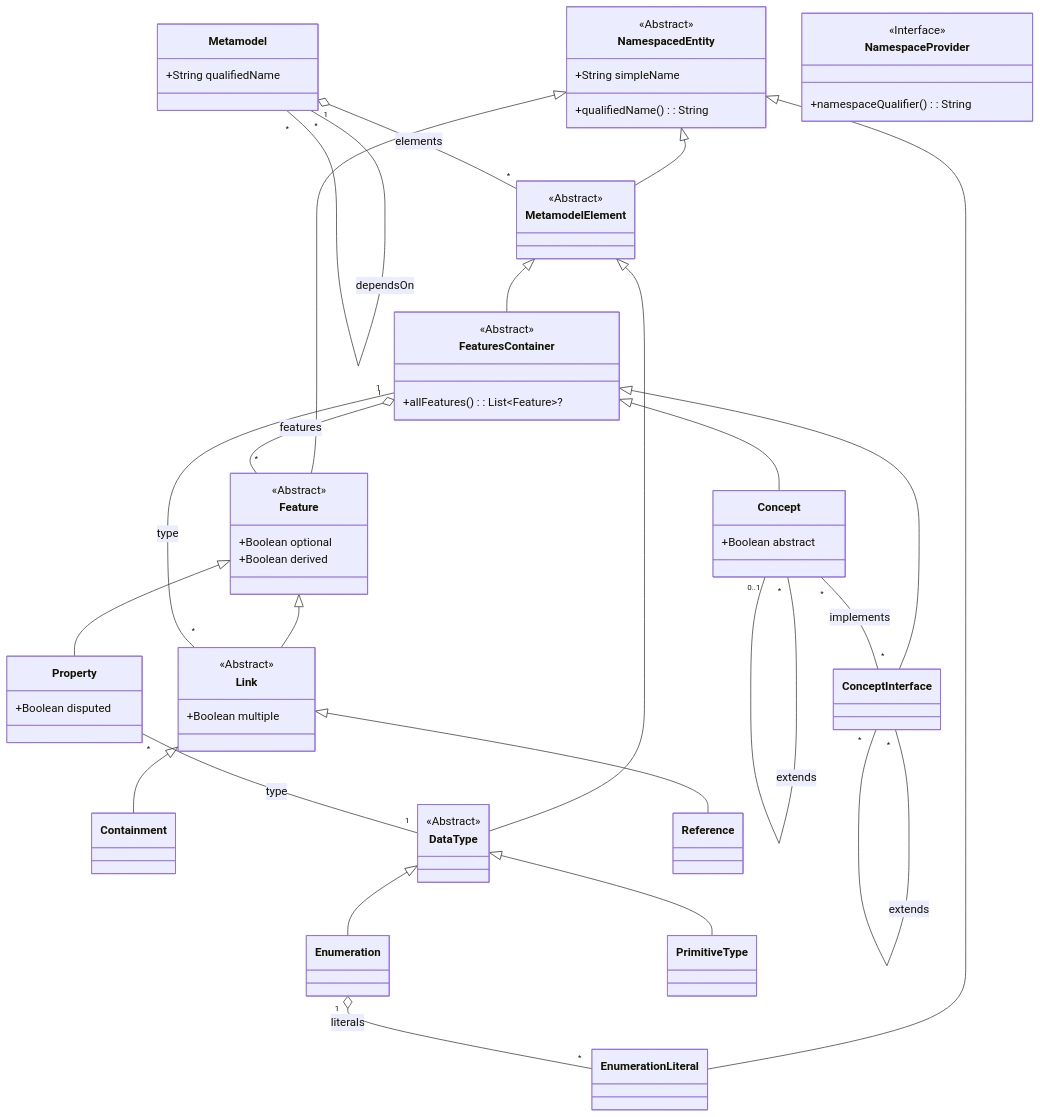
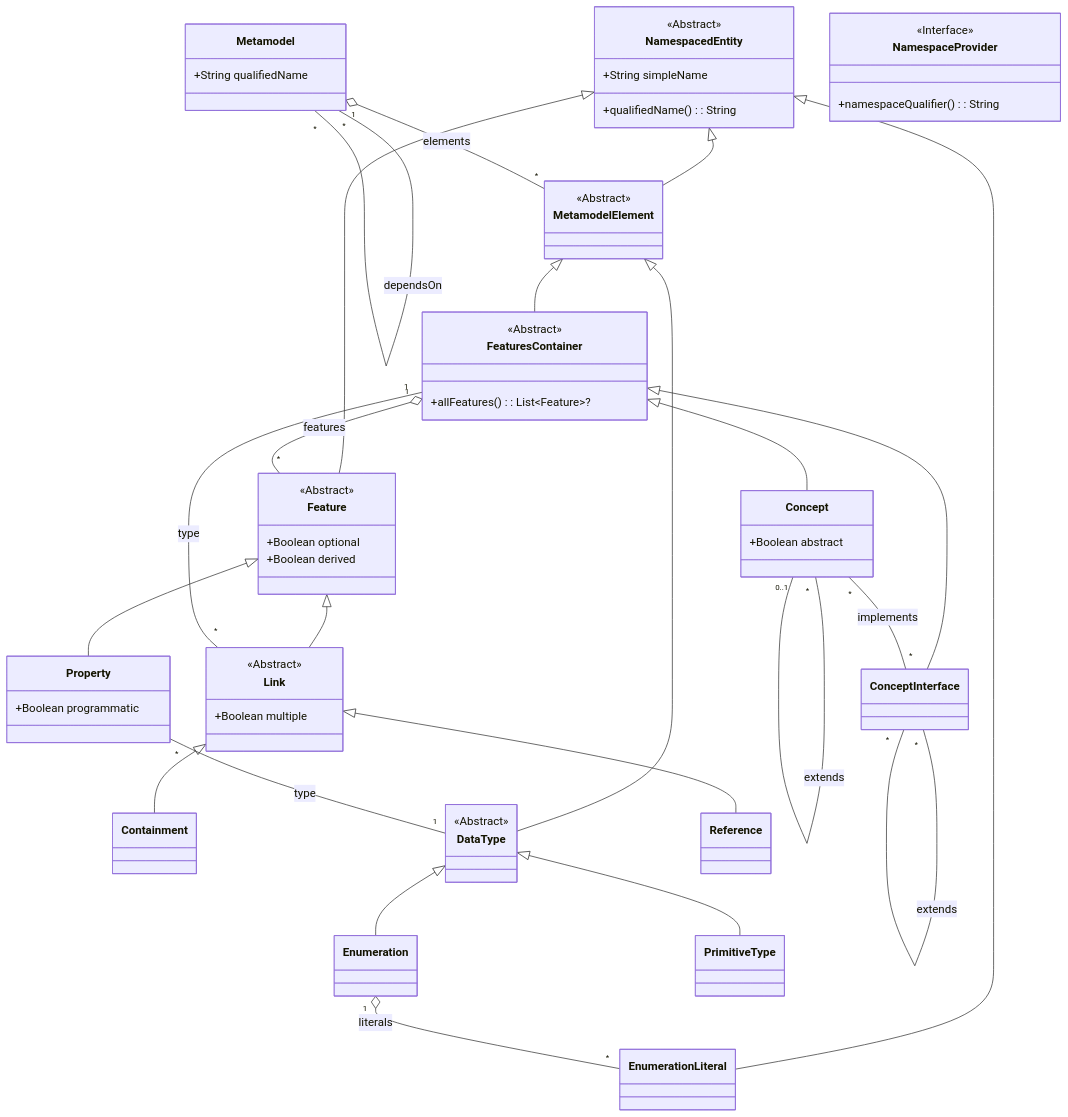
One commit to LionWeb-io/lionweb-typescript changed the diagram in diagrams/metametamodel-gen.md. Above: the diagram before and after it, drawn with Mermaid. The commit also changed 10 other files, not shown here.

```diff
--- a/diagrams/metametamodel-gen.md
+++ b/diagrams/metametamodel-gen.md
@@ -64,7 +64,7 @@
   DataType <|-- PrimitiveType
 
   class Property {
-    +Boolean disputed
+    +Boolean programmatic
   }
   Feature <|-- Property
 
```
